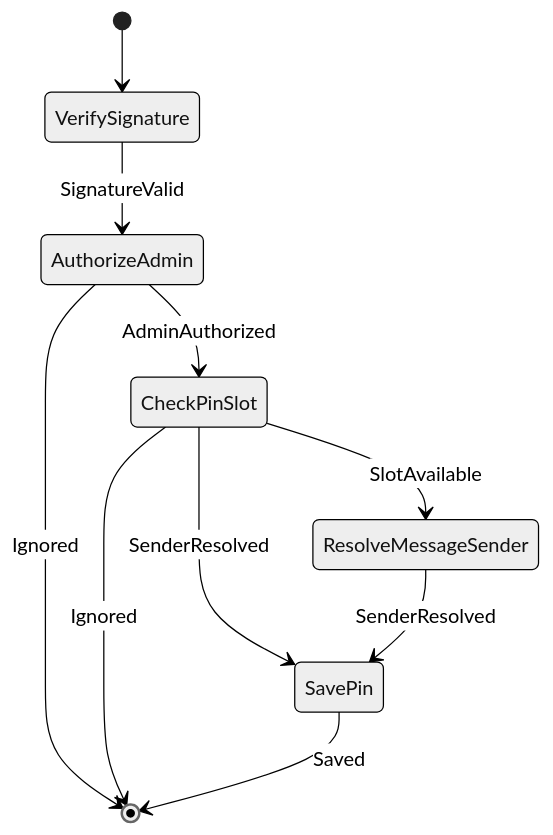
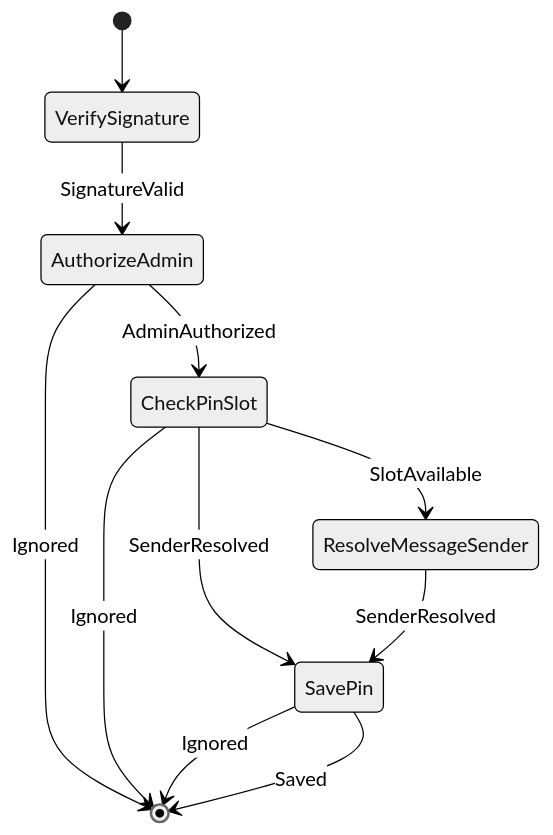
Diagram 24 of 31 in docs/architecture/workflows/incoming.md (cbgm/Sparrow), drawn with Mermaid (neutral theme) before and after one commit. The commit also changed other lines of this file and 55 other files, not shown here.

````diff
--- a/docs/architecture/workflows/incoming.md
+++ b/docs/architecture/workflows/incoming.md
@@ -665,12 +664,13 @@
 ```mermaid
 stateDiagram-v2
     [*] --> VerifySignature
     VerifySignature --> AuthorizeAdmin : SignatureValid
     AuthorizeAdmin --> CheckPinSlot : AdminAuthorized
     AuthorizeAdmin --> [*] : Ignored
     CheckPinSlot --> [*] : Ignored
     CheckPinSlot --> SavePin : SenderResolved
     CheckPinSlot --> ResolveMessageSender : SlotAvailable
     ResolveMessageSender --> SavePin : SenderResolved
+    SavePin --> [*] : Ignored
     SavePin --> [*] : Saved
 ```
````
